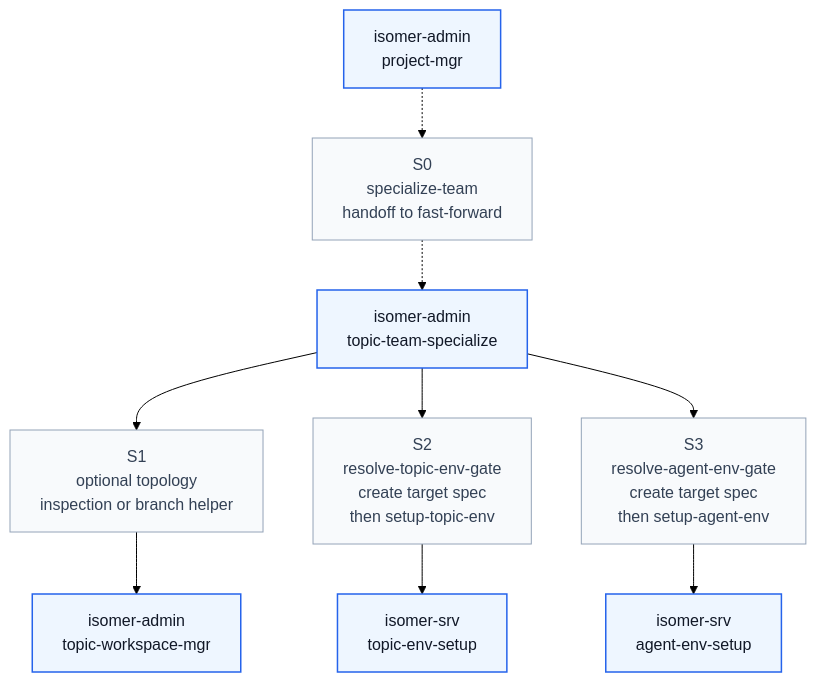
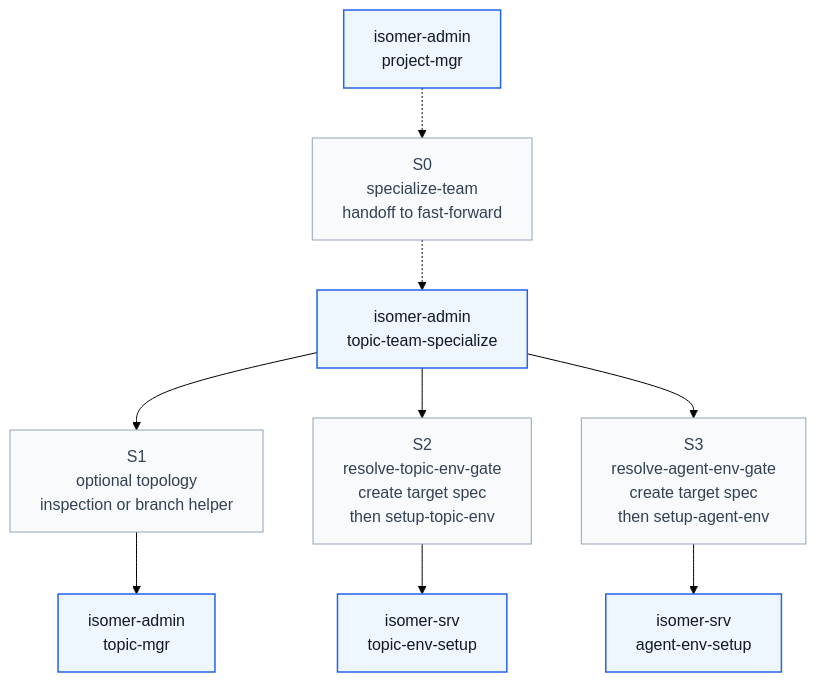
One commit to CodeGandee/isomer-labs changed the second of 2 diagrams in context/design/skill-process/team-specialization.md. Above: the diagram before and after it, drawn with Mermaid (forest theme). The commit also changed other lines of this file and 180 other files, not shown here.

````diff
--- a/context/design/skill-process/team-specialization.md
+++ b/context/design/skill-process/team-specialization.md
@@ -60,21 +60,21 @@
 ```mermaid
 flowchart TD
     classDef skill fill:#eef6ff,stroke:#2563eb,stroke-width:1.5px,color:#111827
     classDef route fill:#f8fafc,stroke:#94a3b8,stroke-width:1px,color:#334155
 
     PM["isomer-admin<br/>project-mgr"]:::skill
     TTS["isomer-admin<br/>topic-team-specialize"]:::skill
-    TWM["isomer-admin<br/>topic-workspace-mgr"]:::skill
+    TM["isomer-admin<br/>topic-mgr"]:::skill
     TENV["isomer-srv<br/>topic-env-setup"]:::skill
     AENV["isomer-srv<br/>agent-env-setup"]:::skill
 
     S0["S0<br/>specialize-team<br/>handoff to fast-forward"]:::route
     S1["S1<br/>optional topology<br/>inspection or branch helper"]:::route
     S2["S2<br/>resolve-topic-env-gate<br/>create target spec<br/>then setup-topic-env"]:::route
     S3["S3<br/>resolve-agent-env-gate<br/>create target spec<br/>then setup-agent-env"]:::route
 
     PM -.-> S0 -.-> TTS
-    TTS --> S1 --> TWM
+    TTS --> S1 --> TM
     TTS --> S2 --> TENV
     TTS --> S3 --> AENV
 ```
````
